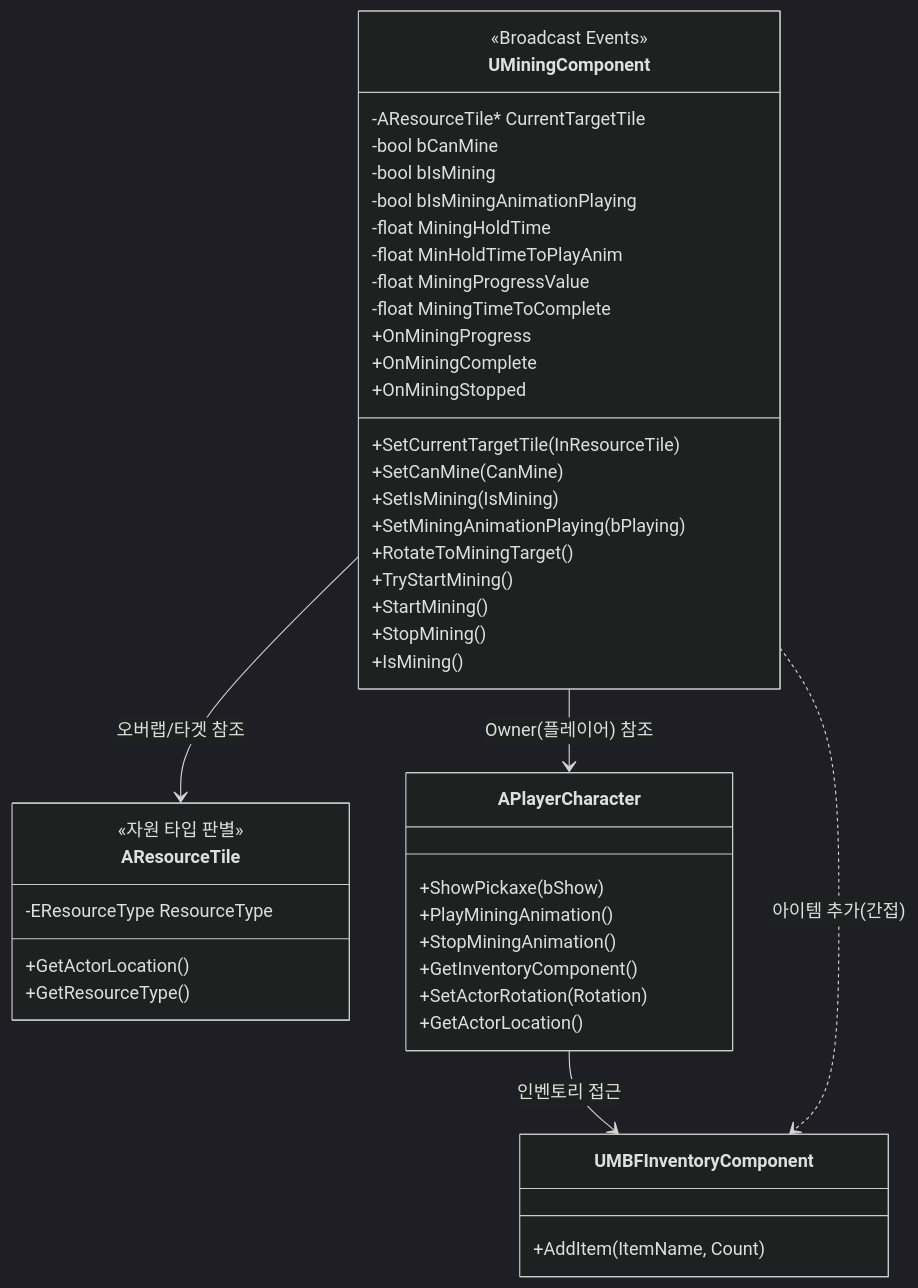
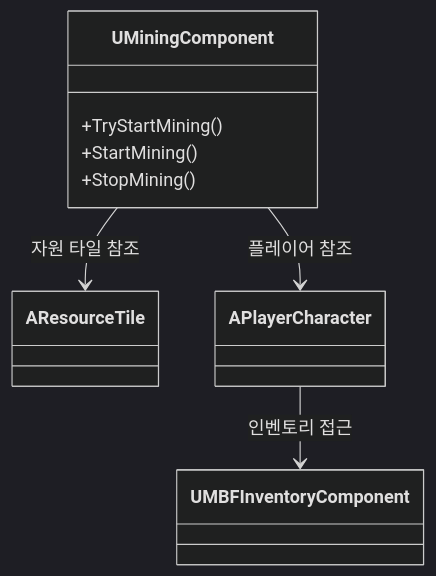
The first of 3 diagrams in README.md (WJMcode/MBFactorio), drawn with Mermaid (dark theme) before and after one commit.

````diff
--- a/README.md
+++ b/README.md
@@ -1,53 +1,15 @@
 ```mermaid
 classDiagram
-    %% 주요 클래스 정의
     class UMiningComponent {
-        -AResourceTile* CurrentTargetTile
-        -bool bCanMine
-        -bool bIsMining
-        -bool bIsMiningAnimationPlaying
-        -float MiningHoldTime
-        -float MinHoldTimeToPlayAnim
-        -float MiningProgressValue
-        -float MiningTimeToComplete
-        +SetCurrentTargetTile(InResourceTile)
-        +SetCanMine(CanMine)
-        +SetIsMining(IsMining)
-        +SetMiningAnimationPlaying(bPlaying)
-        +RotateToMiningTarget()
         +TryStartMining()
         +StartMining()
         +StopMining()
-        +IsMining()
-        <<Broadcast Events>>
-        +OnMiningProgress
-        +OnMiningComplete
-        +OnMiningStopped
     }
+    class AResourceTile
+    class APlayerCharacter
+    class UMBFInventoryComponent
 
-    class AResourceTile {
-        +GetActorLocation()
-        +GetResourceType()
-        <<자원 타입 판별>>
-        -EResourceType ResourceType
-    }
-
-    class APlayerCharacter {
-        +ShowPickaxe(bShow)
-        +PlayMiningAnimation()
-        +StopMiningAnimation()
-        +GetInventoryComponent()
-        +SetActorRotation(Rotation)
-        +GetActorLocation()
-    }
-
-    class UMBFInventoryComponent {
-        +AddItem(ItemName, Count)
-    }
-
-    %% 관계 표시
-    UMiningComponent --> AResourceTile : 오버랩/타겟 참조
-    UMiningComponent --> APlayerCharacter : Owner(플레이어) 참조
+    UMiningComponent --> AResourceTile : 자원 타일 참조
+    UMiningComponent --> APlayerCharacter : 플레이어 참조
     APlayerCharacter --> UMBFInventoryComponent : 인벤토리 접근
-    UMiningComponent ..> UMBFInventoryComponent : 아이템 추가(간접)
 ```
````
